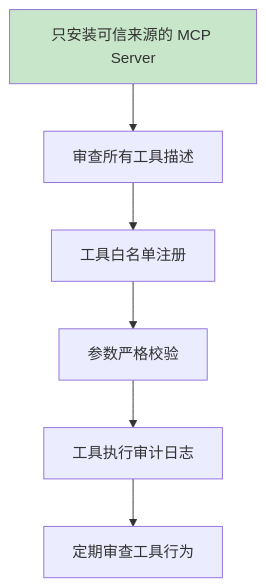
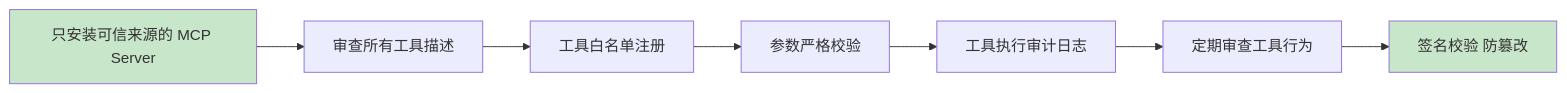
One commit to UranusGit/java-agent-learn changed the fourth of 4 diagrams in docs/附录/08-Agent安全深度/01-ToolPoisoning攻击.md. Above: the diagram before and after it, drawn with Mermaid. The commit also changed other lines of this file and 2 other files, not shown here.

````diff
--- a/docs/附录/08-Agent安全深度/01-ToolPoisoning攻击.md
+++ b/docs/附录/08-Agent安全深度/01-ToolPoisoning攻击.md
@@ -132,13 +301,11 @@
 ```mermaid
-graph TB
-    S1["只安装可信来源的 MCP Server"]
-    S2["审查所有工具描述"]
-    S3["工具白名单注册"]
-    S4["参数严格校验"]
-    S5["工具执行审计日志"]
-    S6["定期审查工具行为"]
-
-    S1 --> S2 --> S3 --> S4 --> S5 --> S6
-
+flowchart LR
+    S1[只安装可信来源的 MCP Server] --> S2[审查所有工具描述]
+    S2 --> S3[工具白名单注册]
+    S3 --> S4[参数严格校验]
+    S4 --> S5[工具执行审计日志]
+    S5 --> S6[定期审查工具行为]
+    S6 --> S7[签名校验 防篡改]
     style S1 fill:#c8e6c9
+    style S7 fill:#c8e6c9
 ```
````
